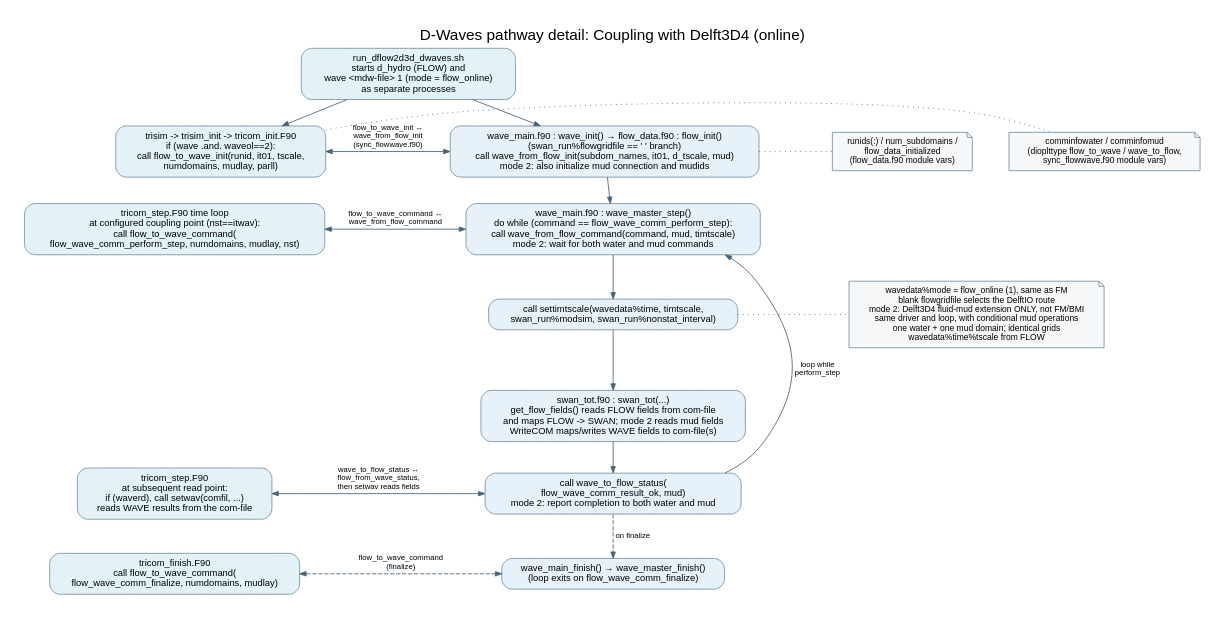
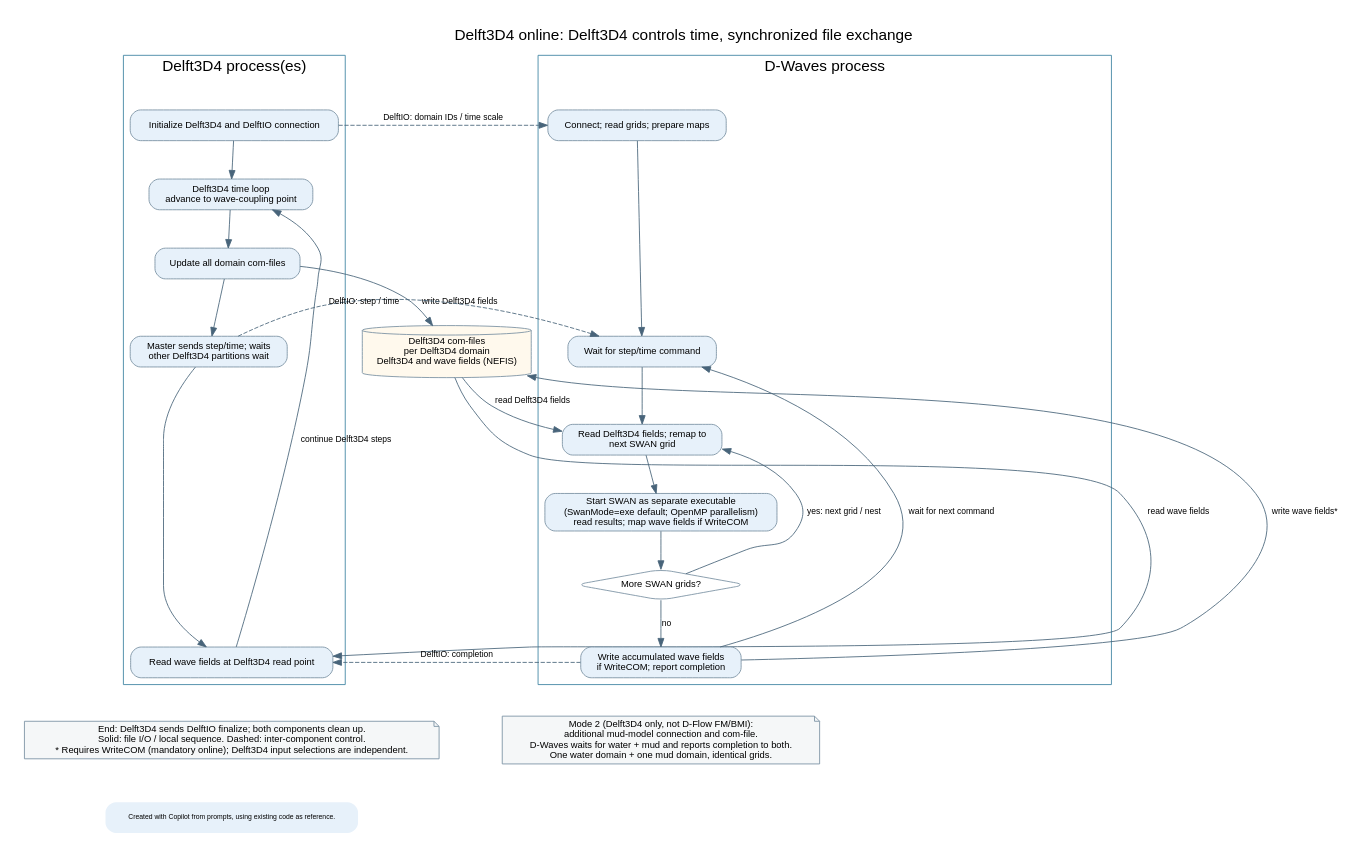
One commit to Deltares/Delft3D changed the diagram in src/engines_gpl/wave/docs/include/dwaves_pathway_delft3d4_detailed.dot. Above: the diagram before and after it, drawn with Graphviz. The commit also changed 19 other files, not shown here.

```diff
--- a/src/engines_gpl/wave/docs/include/dwaves_pathway_delft3d4_detailed.dot
+++ b/src/engines_gpl/wave/docs/include/dwaves_pathway_delft3d4_detailed.dot
@@ -1,76 +1,54 @@
-digraph dwaves_pathway_delft3d4 {
-    graph [
-        label="D-Waves pathway detail: Coupling with Delft3D4 (online)",
-        labelloc=t,
-        fontsize=18,
-        fontname="Helvetica",
-        rankdir=TB,
-        nodesep=0.6,
-        ranksep=0.4,
-        pad=0.3,
-        bgcolor="white"
-    ];
-    node [fontname="Helvetica", fontsize=11, margin="0.15,0.09"];
-    edge [fontname="Helvetica", fontsize=9, color="#48647A", arrowsize=0.75];
-
-    launch [shape=box, style="rounded,filled", fillcolor="#E3F2F7", color="#7890A2",
-            label="run_dflow2d3d_dwaves.sh\nstarts d_hydro (FLOW) and\nwave <mdw-file> 1 (mode = flow_online)\nas separate processes"];
+digraph delft3d4_communication {
+    graph [label="Delft3D4 online: Delft3D4 controls time, synchronized file exchange",
+           labelloc=t, fontsize=18, fontname="Helvetica", rankdir=TB,
+           newrank=true, nodesep=0.6, ranksep=0.6, pad=0.3, bgcolor="white"];
+    node [shape=box, style="rounded,filled", fillcolor="#E7F1FA",
+          color="#7890A2", fontname="Helvetica", fontsize=11];
+    edge [fontname="Helvetica", fontsize=10, color="#48647A"];
 
     subgraph cluster_flow {
-        label="FLOW process (flow2d3d)";
-        color="#3B82A0";
-        style="rounded";
-        node [shape=box, style="rounded,filled", fillcolor="#E3F2F7", color="#7890A2"];
-        tricom_init   [label="trisim -> trisim_init -> tricom_init.F90\nif (wave .and. waveol==2):\ncall flow_to_wave_init(runid, it01, tscale,\nnumdomains, mudlay, parll)"];
-        tricom_step   [label="tricom_step.F90 time loop\nat configured coupling point (nst==itwav):\ncall flow_to_wave_command(\nflow_wave_comm_perform_step, numdomains, mudlay, nst)"];
-        spacer1 [shape=point, style=invis, width=0.01];
-        spacer2 [shape=point, style=invis, width=0.01];
-        tricom_read   [label="tricom_step.F90\nat subsequent read point:\nif (waverd), call setwav(comfil, ...)\nreads WAVE results from the com-file"];
-        tricom_finish [label="tricom_finish.F90\ncall flow_to_wave_command(\nflow_wave_comm_finalize, numdomains, mudlay)"];
-        tricom_init -> tricom_step [style=invis];
-        tricom_step -> spacer1 -> spacer2 -> tricom_read [style=invis];
-        tricom_read -> tricom_finish [style=invis];
+        label="Delft3D4 process(es)"; color="#3B82A0";
+        fi [label="Initialize Delft3D4 and DelftIO connection"];
+        step [label="Delft3D4 time loop\nadvance to wave-coupling point"];
+        publish [label="Update all domain com-files"];
+        wait [label="Master sends step/time; waits\nother Delft3D4 partitions wait"];
+        read [label="Read wave fields at Delft3D4 read point"];
+        fi -> step -> publish -> wait -> read;
+        read -> step [label="continue Delft3D4 steps", constraint=false];
     }
-
+    com [shape=cylinder, fillcolor="#FFF9ED",
+         label="Delft3D4 com-files\nper Delft3D4 domain\nDelft3D4 and wave fields (NEFIS)"];
     subgraph cluster_wave {
-        label="WAVE process (D-Waves)";
-        color="#3B82A0";
-        style="rounded";
-        node [shape=box, style="rounded,filled", fillcolor="#E7F1FA", color="#7890A2"];
-        wave_init_call [label="wave_main.f90 : wave_init() → flow_data.f90 : flow_init()\n(swan_run%flowgridfile == ' ' branch)\ncall wave_from_flow_init(subdom_names, it01, d_tscale, mud)\nmode 2: also initialize mud connection and mudids"];
-        master_step [label="wave_main.f90 : wave_master_step()\ndo while (command == flow_wave_comm_perform_step):\ncall wave_from_flow_command(command, mud, timtscale)\nmode 2: wait for both water and mud commands"];
-        settime [label="call settimtscale(wavedata%time, timtscale,\nswan_run%modsim, swan_run%nonstat_interval)"];
-        swan_tot [label="swan_tot.f90 : swan_tot(...)\nget_flow_fields() reads FLOW fields from com-file\nand maps FLOW -> SWAN; mode 2 reads mud fields\nWriteCOM maps/writes WAVE fields to com-file(s)"];
-        status [label="call wave_to_flow_status(\nflow_wave_comm_result_ok, mud)\nmode 2: report completion to both water and mud"];
-        wave_finish [label="wave_main_finish() → wave_master_finish()\n(loop exits on flow_wave_comm_finalize)"];
-        wave_init_call -> master_step -> settime -> swan_tot -> status;
-        status -> master_step [label="loop while\nperform_step", constraint=false];
-        status -> wave_finish [style=dashed, label="on finalize"];
+        label="D-Waves process"; color="#3B82A0";
+        wi [label="Connect; read grids; prepare maps"];
+        receive [label="Wait for step/time command"];
+        input [label="Read Delft3D4 fields; remap to\nnext SWAN grid"];
+        swan [label="Start SWAN as separate executable\n(SwanMode=exe default; OpenMP parallelism)\nread results; map wave fields if WriteCOM"];
+        more [shape=diamond, fillcolor="white", label="More SWAN grids?"];
+        write [label="Write accumulated wave fields\nif WriteCOM; report completion"];
+        wi -> receive -> input -> swan -> more;
+        more -> input [label="yes: next grid / nest", constraint=false];
+        more -> write [label="no"];
+        write -> receive [label="wait for next command", constraint=false];
     }
-
-    launch -> tricom_init;
-    launch -> wave_init_call;
-
-    { rank=same; tricom_init; wave_init_call; }
-    { rank=same; tricom_step; master_step; }
-    { rank=same; spacer1; settime; }
-    { rank=same; spacer2; swan_tot; }
-    { rank=same; tricom_read; status; }
-    { rank=same; tricom_finish; wave_finish; }
-
-    tricom_init -> wave_init_call [dir=both, label="flow_to_wave_init ↔\nwave_from_flow_init\n(sync_flowwave.f90)", constraint=false];
-    tricom_step -> master_step [dir=both, label="flow_to_wave_command ↔\nwave_from_flow_command", constraint=false];
-    status -> tricom_read [dir=both, label="wave_to_flow_status ↔\nflow_from_wave_status,\nthen setwav reads fields", constraint=false];
-    tricom_finish -> wave_finish [dir=both, style=dashed, label="flow_to_wave_command\n(finalize)", constraint=false];
-
-    node [shape=note, style=filled, fillcolor="#F5F7F8", color="#7890A2", fontsize=10];
-    st_comminfo [label="comminfowater / comminfomud\n(dioplttype flow_to_wave / wave_to_flow,\nsync_flowwave.f90 module vars)"];
-    st_runids [label="runids(:) / num_subdomains /\nflow_data_initialized\n(flow_data.f90 module vars)"];
-    st_mode [label="wavedata%mode = flow_online (1), same as FM\nblank flowgridfile selects the DelftIO route\nmode 2: Delft3D4 fluid-mud extension ONLY, not FM/BMI\nsame driver and loop, with conditional mud operations\none water + one mud domain; identical grids\nwavedata%time%tscale from FLOW"];
-
-    { rank=same; tricom_init; wave_init_call; st_comminfo; st_runids; }
-    { rank=same; spacer1; settime; st_mode; }
-    tricom_init -> st_comminfo [style=dotted, arrowhead=none, constraint=false];
-    wave_init_call -> st_runids [style=dotted, arrowhead=none, constraint=false];
-    settime -> st_mode [style=dotted, arrowhead=none, constraint=false];
+    fi -> wi [style=dashed, label="DelftIO: domain IDs / time scale"];
+    wait -> receive [style=dashed, label="DelftIO: step / time", constraint=false];
+    write -> read [style=dashed, label="DelftIO: completion", constraint=false];
+    publish -> com [label="write Delft3D4 fields"];
+    com -> input [label="read Delft3D4 fields"];
+    write -> com [label="write wave fields*", constraint=false];
+    com -> read [label="read wave fields", constraint=false];
+    mud [shape=note, fillcolor="#F5F7F8",
+         label="Mode 2 (Delft3D4 only, not D-Flow FM/BMI):\nadditional mud-model connection and com-file.\nD-Waves waits for water + mud and reports completion to both.\nOne water domain + one mud domain, identical grids."];
+    finish [shape=note, fillcolor="#F5F7F8",
+            label="End: Delft3D4 sends DelftIO finalize; both components clean up.\nSolid: file I/O / local sequence. Dashed: inter-component control.\n* Requires WriteCOM (mandatory online); Delft3D4 input selections are independent."];
+    write -> mud [style=invis];
+    read -> finish [style=invis];
+    {rank=same; fi; wi;}
+    {rank=same; wait; receive;}
+    {rank=same; read; write;}
+    diagram_credit [shape=plaintext, fontsize=8,
+                    label="Created with Copilot from prompts, using existing code as reference."];
+    {rank=sink; diagram_credit;}
+    finish -> diagram_credit [style=invis];
 }
```
